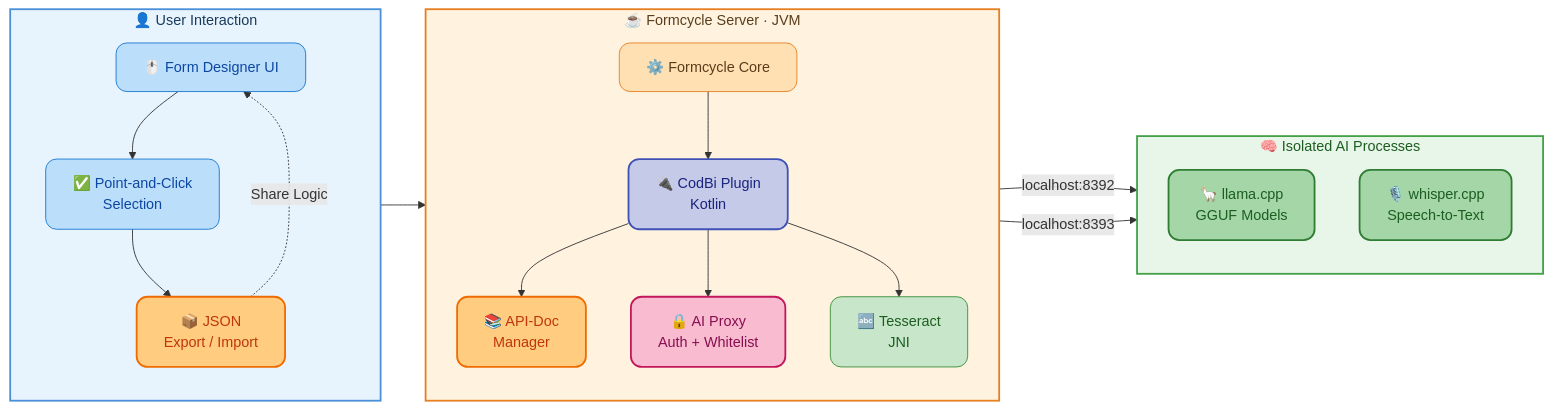
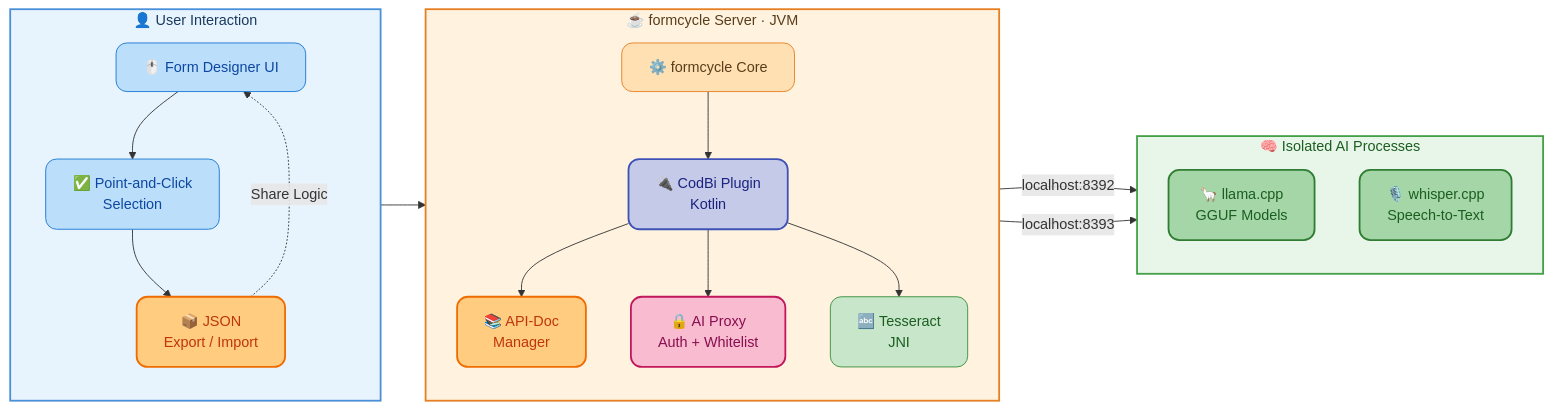
Before and after one commit to XIMA-formcycle-Entwicklerkreis/CodBi: the diagram in README.md, drawn with Mermaid. The commit also changed other lines of this file and 22 other files, not shown here.

````diff
--- a/README.md
+++ b/README.md
@@ -165,52 +165,52 @@
 ```mermaid
 flowchart LR
   classDef roundRect rx:12,ry:12;
   subgraph USER["👤 User Interaction"]
     direction TB
     UI["🖱️ Form Designer UI"]:::roundRect
     Click["✅ Point-and-Click<br/>Selection"]:::roundRect
     Export["📦 JSON<br/>Export / Import"]:::roundRect
     UI --> Click --> Export
   end
 
-  subgraph JVM["☕ Formcycle Server · JVM"]
+  subgraph JVM["☕ formcycle Server · JVM"]
     direction TB
-    FC["⚙️ Formcycle Core"]:::roundRect
+    FC["⚙️ formcycle Core"]:::roundRect
     CodBi["🔌 CodBi Plugin<br/>Kotlin"]:::roundRect
     Manager["📚 API-Doc<br/>Manager"]:::roundRect
     Proxy["🔒 AI Proxy<br/>Auth + Whitelist"]:::roundRect
     JNI["🔤 Tesseract<br/>JNI"]:::roundRect
     FC --> CodBi
     CodBi --> Manager
     CodBi --> Proxy
     CodBi --> JNI
   end
 
   subgraph AI["🧠 Isolated AI Processes"]
     direction TB
     LLaMA["🦙 llama.cpp<br/>GGUF Models"]:::roundRect
     Whisper["🎙️ whisper.cpp<br/>Speech-to-Text"]:::roundRect
   end
 
   Export -. "Share Logic" .-> UI
   Click --> Manager
   Proxy -- "localhost:8392" --> LLaMA
   Proxy -- "localhost:8393" --> Whisper
 
   style USER fill:#e8f4fd,stroke:#4a90d9,stroke-width:2px,color:#1a3a5c
   style JVM fill:#fff3e0,stroke:#e67e22,stroke-width:2px,color:#5a3e1b
   style AI fill:#e8f5e9,stroke:#43a047,stroke-width:2px,color:#1b5e20
 
   style UI fill:#bbdefb,stroke:#1976d2,stroke-width:1px,color:#0d47a1
   style Click fill:#bbdefb,stroke:#1976d2,stroke-width:1px,color:#0d47a1
   style Export fill:#ffcc80,stroke:#ef6c00,stroke-width:2px,color:#bf360c
 
   style FC fill:#ffe0b2,stroke:#e67e22,stroke-width:1px,color:#5a3e1b
   style CodBi fill:#c5cae9,stroke:#3f51b5,stroke-width:2px,color:#1a237e
   style Manager fill:#ffcc80,stroke:#ef6c00,stroke-width:2px,color:#bf360c
   style Proxy fill:#f8bbd0,stroke:#c2185b,stroke-width:2px,color:#880e4f
   style JNI fill:#c8e6c9,stroke:#388e3c,stroke-width:1px,color:#1b5e20
 
   style LLaMA fill:#a5d6a7,stroke:#2e7d32,stroke-width:2px,color:#1b5e20
   style Whisper fill:#a5d6a7,stroke:#2e7d32,stroke-width:2px,color:#1b5e20
 ```
````
